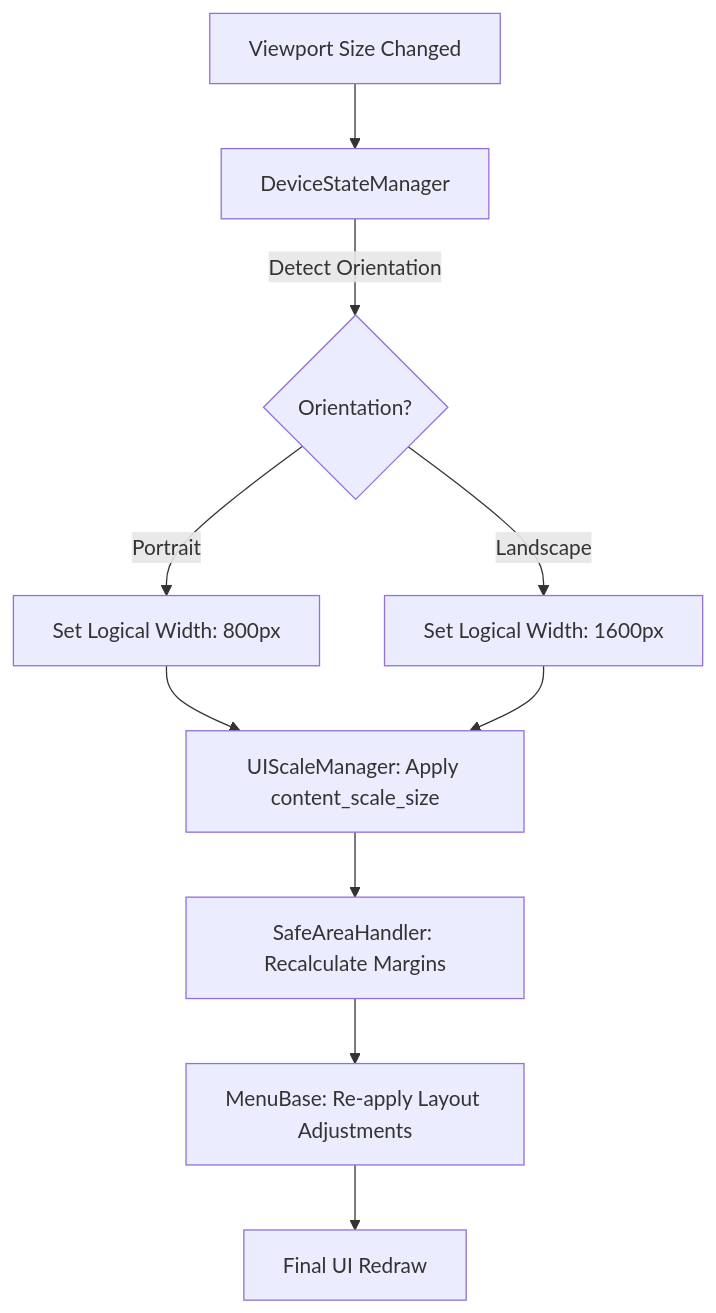
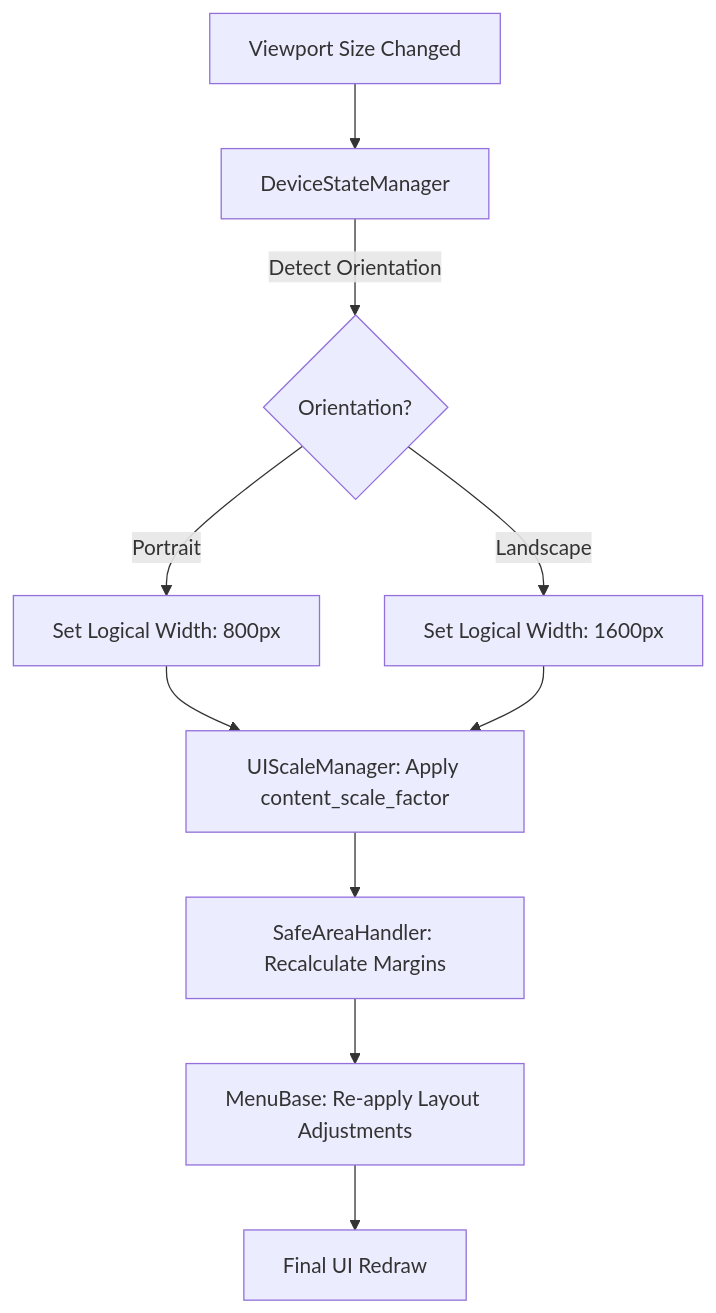
The diagram in docs/02_UI_UX/DeviceState.md (OoriData/DF_Godot), drawn with Mermaid before and after one commit. The commit also changed other lines of this file and 9 other files, not shown here.

````diff
--- a/docs/02_UI_UX/DeviceState.md
+++ b/docs/02_UI_UX/DeviceState.md
@@ -20,16 +20,16 @@
 ```mermaid
 graph TD
     Resize[Viewport Size Changed] --> DSM[DeviceStateManager]
     DSM -->|Detect Orientation| Orientation{Orientation?}
     
     Orientation -->|Portrait| Port[Set Logical Width: 800px]
     Orientation -->|Landscape| Land[Set Logical Width: 1600px]
     
-    Port --> Scale[UIScaleManager: Apply content_scale_size]
+    Port --> Scale[UIScaleManager: Apply content_scale_factor]
     Land --> Scale
     
     Scale --> Safe[SafeAreaHandler: Recalculate Margins]
     Safe --> Menu[MenuBase: Re-apply Layout Adjustments]
     
     Menu --> Redraw[Final UI Redraw]
 ```
````
